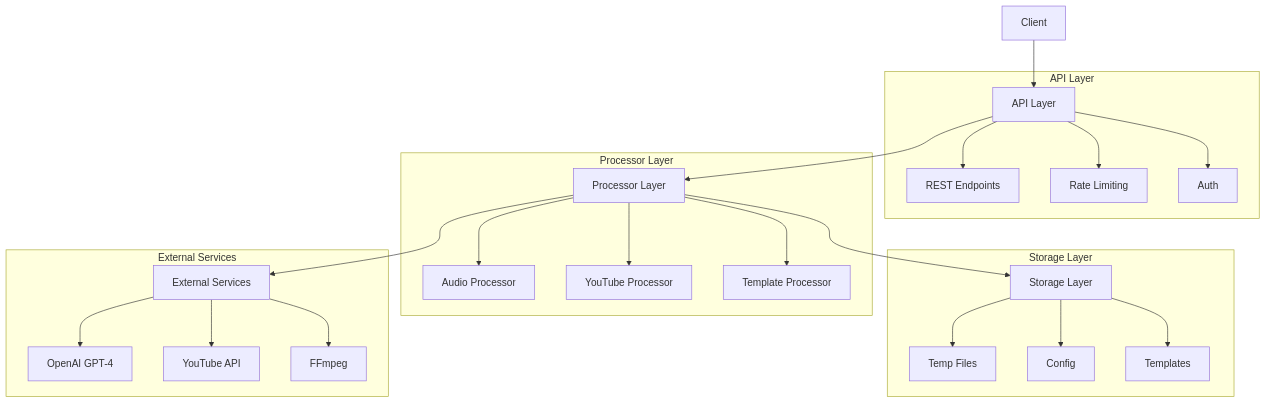
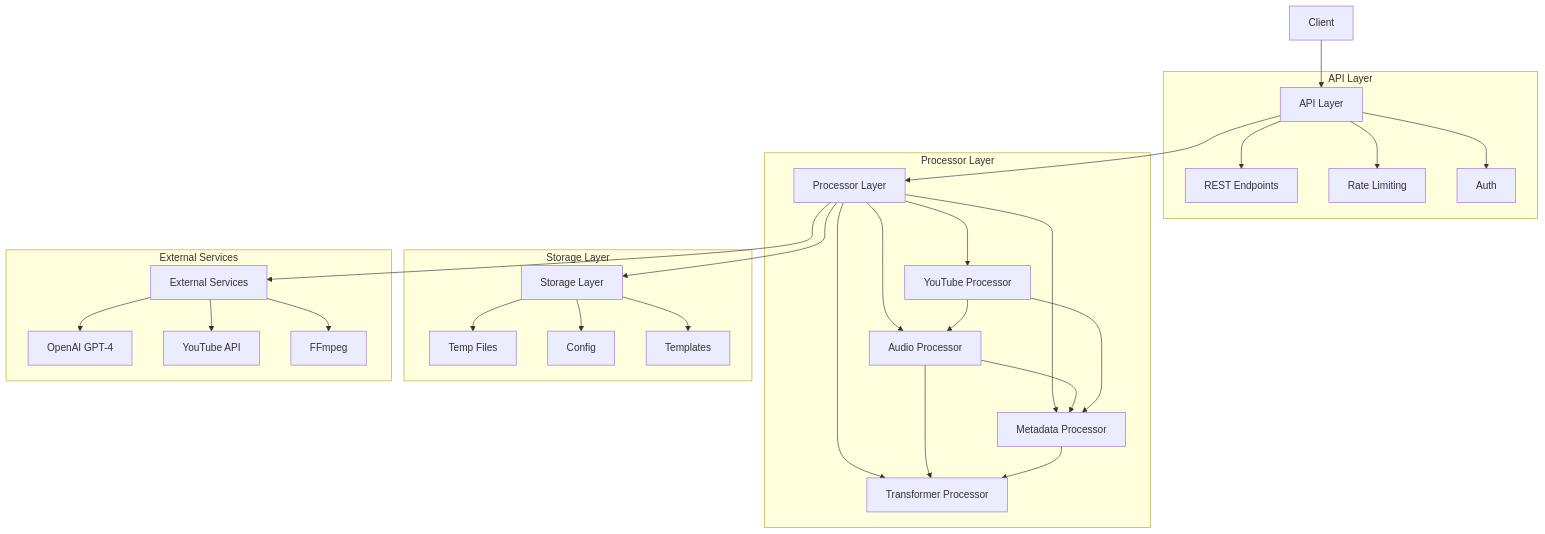
Before and after one commit to bCommonsLAB/CommonSecretaryServices: the first of 6 diagrams in docs/01_architecture.md, drawn with Mermaid. The commit also changed other lines of this file and 25 other files, not shown here.

First line of the commit message:
Refactor API Responses and Metadata Processing with Enhanced Tracking

````diff
--- a/docs/01_architecture.md
+++ b/docs/01_architecture.md
@@ -9,31 +9,39 @@
 ```mermaid
 graph TD
     A[Client] --> B[API Layer]
     B --> C[Processor Layer]
     C --> D[Storage Layer]
     C --> E[External Services]
     
     subgraph "API Layer"
     B --> F[REST Endpoints]
     B --> G[Rate Limiting]
     B --> H[Auth]
     end
     
     subgraph "Processor Layer"
     C --> I[Audio Processor]
     C --> J[YouTube Processor]
-    C --> K[Template Processor]
+    C --> K[Transformer Processor]
+    C --> L[Metadata Processor]
+    
+    %% Prozessor-Beziehungen
+    J --> I
+    I --> K
+    I --> L
+    J --> L
+    L --> K
     end
     
     subgraph "Storage Layer"
-    D --> L[Temp Files]
-    D --> M[Config]
-    D --> N[Templates]
+    D --> M[Temp Files]
+    D --> N[Config]
+    D --> O[Templates]
     end
     
     subgraph "External Services"
-    E --> O[OpenAI GPT-4]
-    E --> P[YouTube API]
-    E --> Q[FFmpeg]
+    E --> P[OpenAI GPT-4]
+    E --> Q[YouTube API]
+    E --> R[FFmpeg]
     end
 ```
````
